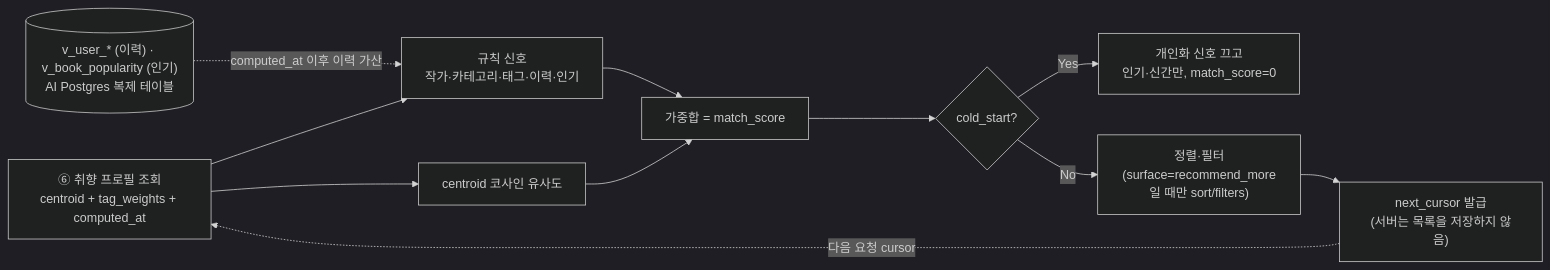
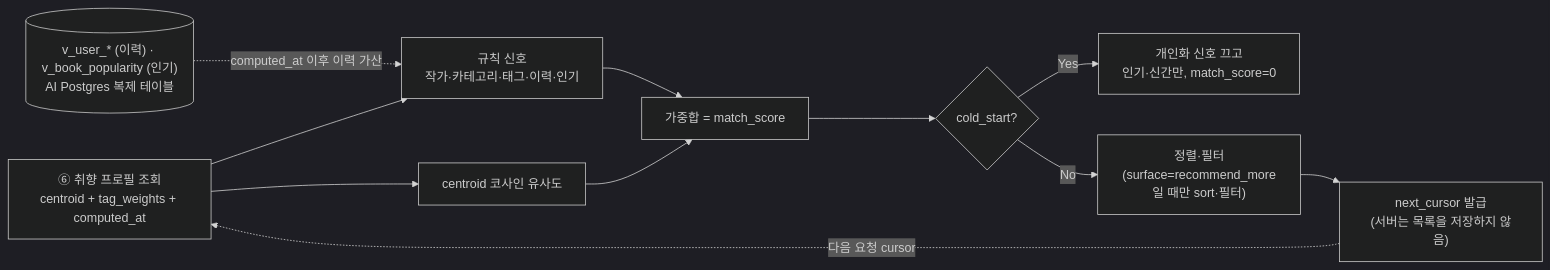
Before and after one commit to 100-hours-a-week/KTB4-13th-AI: the fifth of 7 diagrams in docs/design/단계4멀티스텝AI파이프라인설계.md, drawn with Mermaid (dark theme). The commit also changed other lines of this file and 6 other files, not shown here.

````diff
--- a/docs/design/단계4멀티스텝AI파이프라인설계.md
+++ b/docs/design/단계4멀티스텝AI파이프라인설계.md
@@ -136,13 +136,13 @@
 ```mermaid
 flowchart LR
     A["⑥ 취향 프로필 조회<br/>centroid + tag_weights + computed_at"] --> B["규칙 신호<br/>작가·카테고리·태그·이력·인기"]
     A --> C[centroid 코사인 유사도]
     VW[("v_user_* (이력) · v_book_popularity (인기)<br/>AI Postgres 복제 테이블")] -.->|computed_at 이후 이력 가산| B
     B --> D[가중합 = match_score]
     C --> D
     D --> E{cold_start?}
     E -- Yes --> F["개인화 신호 끄고<br/>인기·신간만, match_score=0"]
-    E -- No --> G["정렬·필터<br/>(surface=recommend_more일 때만 sort/filters)"]
+    E -- No --> G["정렬·필터<br/>(surface=recommend_more일 때만 sort·필터)"]
     G --> H["next_cursor 발급<br/>(서버는 목록을 저장하지 않음)"]
     H -.->|다음 요청 cursor| A
 ```
````
